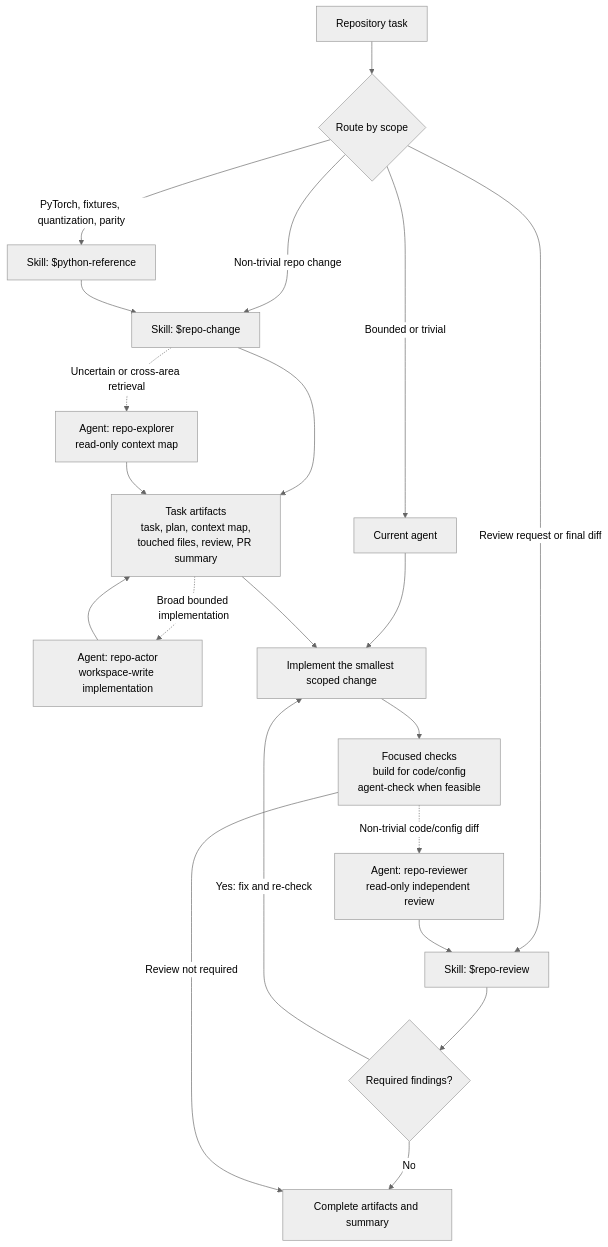
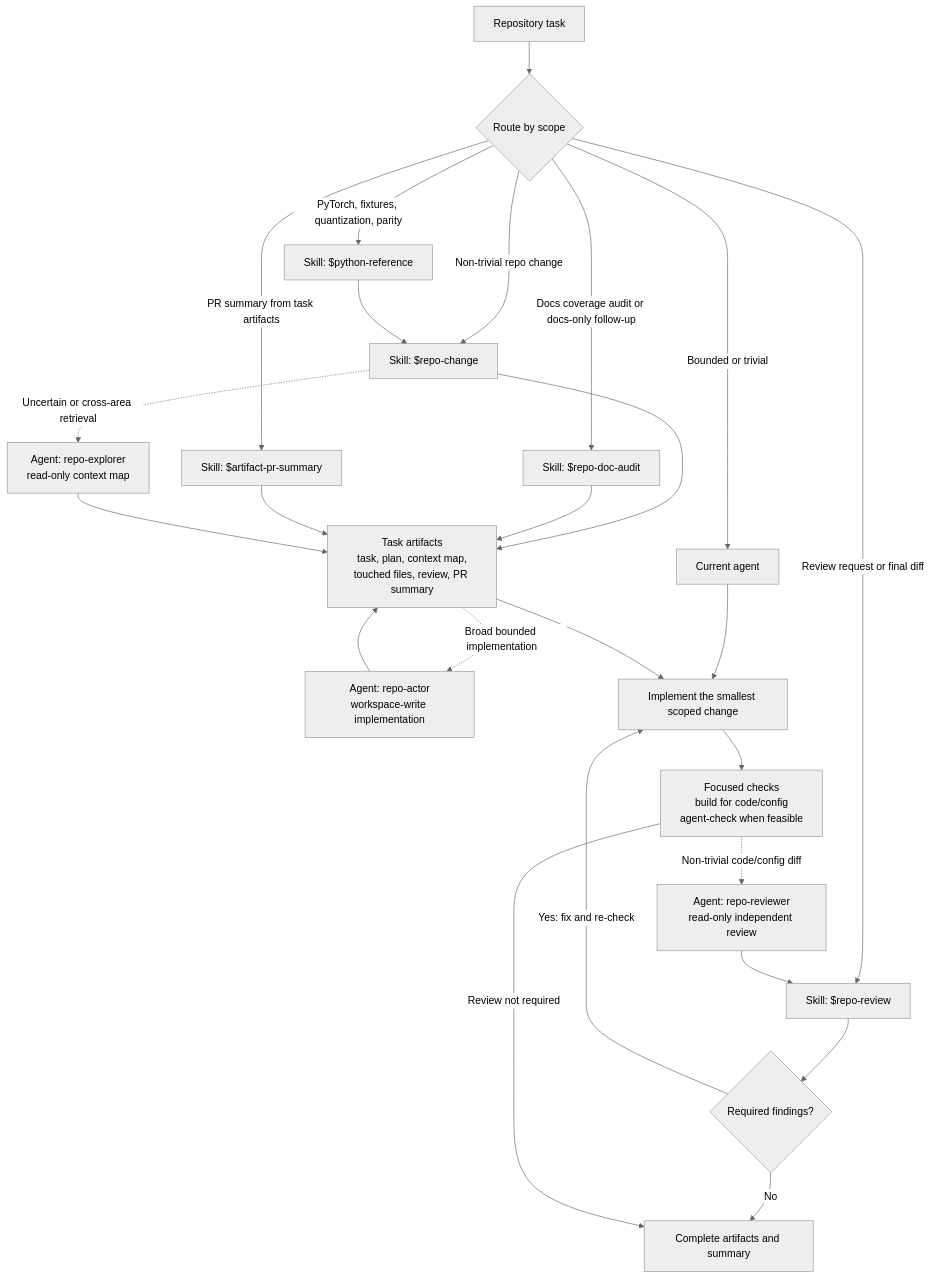
One commit to zioul123/web-style-transfer changed the diagram in README.md. Above: the diagram before and after it, drawn with Mermaid (neutral theme). The commit also changed other lines of this file and 7 other files, not shown here.

First line of the commit message:
feat: PR summary and documentation audit skills (#85)

````diff
--- a/README.md
+++ b/README.md
@@ -240,28 +244,32 @@
 ```mermaid
 flowchart TD
     request["Repository task"] --> route{"Route by scope"}
 
     route -->|"Bounded or trivial"| local["Current agent"]
     route -->|"Non-trivial repo change"| change["Skill: $repo-change"]
+    route -->|"Docs coverage audit or docs-only follow-up"| docAudit["Skill: $repo-doc-audit"]
+    route -->|"PR summary from task artifacts"| prsummary["Skill: $artifact-pr-summary"]
     route -->|"PyTorch, fixtures, quantization, parity"| python["Skill: $python-reference"]
     route -->|"Review request or final diff"| reviewSkill["Skill: $repo-review"]
 
     change --> artifacts["Task artifacts<br/>task, plan, context map,<br/>touched files, review, PR summary"]
+    docAudit --> artifacts
+    prsummary --> artifacts
     python --> change
 
     change -.->|"Uncertain or cross-area retrieval"| explorer["Agent: repo-explorer<br/>read-only context map"]
     explorer --> artifacts
 
     artifacts -.->|"Broad bounded implementation"| actor["Agent: repo-actor<br/>workspace-write implementation"]
     actor --> artifacts
     local --> implement["Implement the smallest scoped change"]
     artifacts --> implement
 
     implement --> checks["Focused checks<br/>build for code/config<br/>agent-check when feasible"]
     checks -.->|"Non-trivial code/config diff"| reviewer["Agent: repo-reviewer<br/>read-only independent review"]
     reviewer --> reviewSkill
     reviewSkill --> findings{"Required findings?"}
     findings -->|"Yes: fix and re-check"| implement
     findings -->|"No"| finish["Complete artifacts and summary"]
     checks -->|"Review not required"| finish
 ```
````
